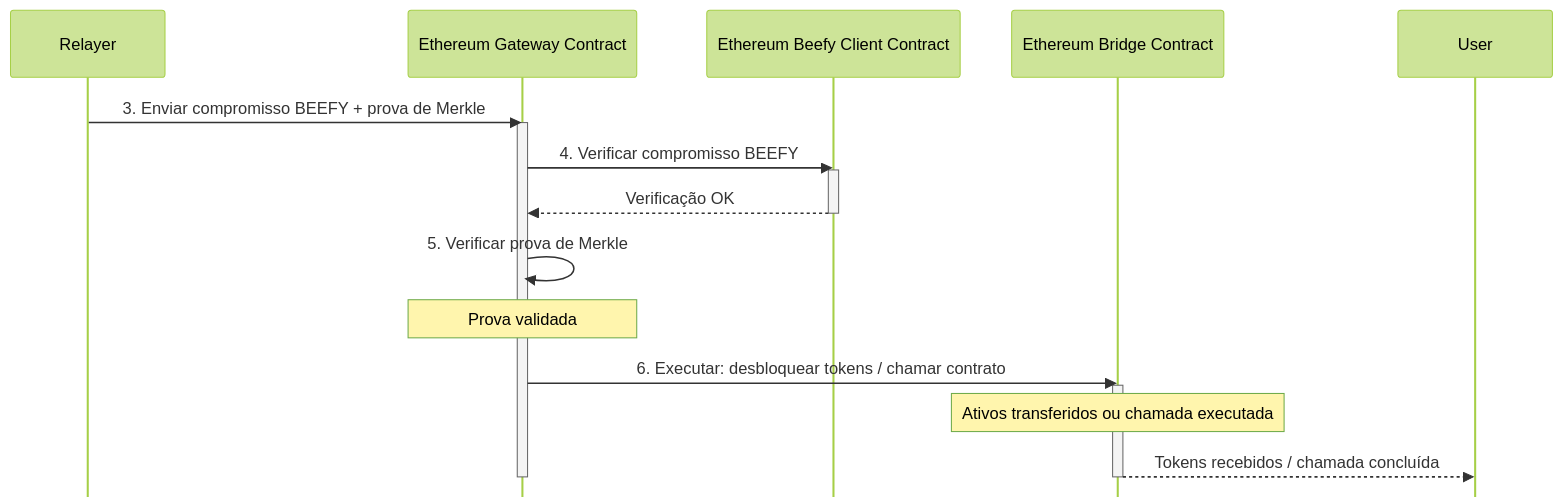
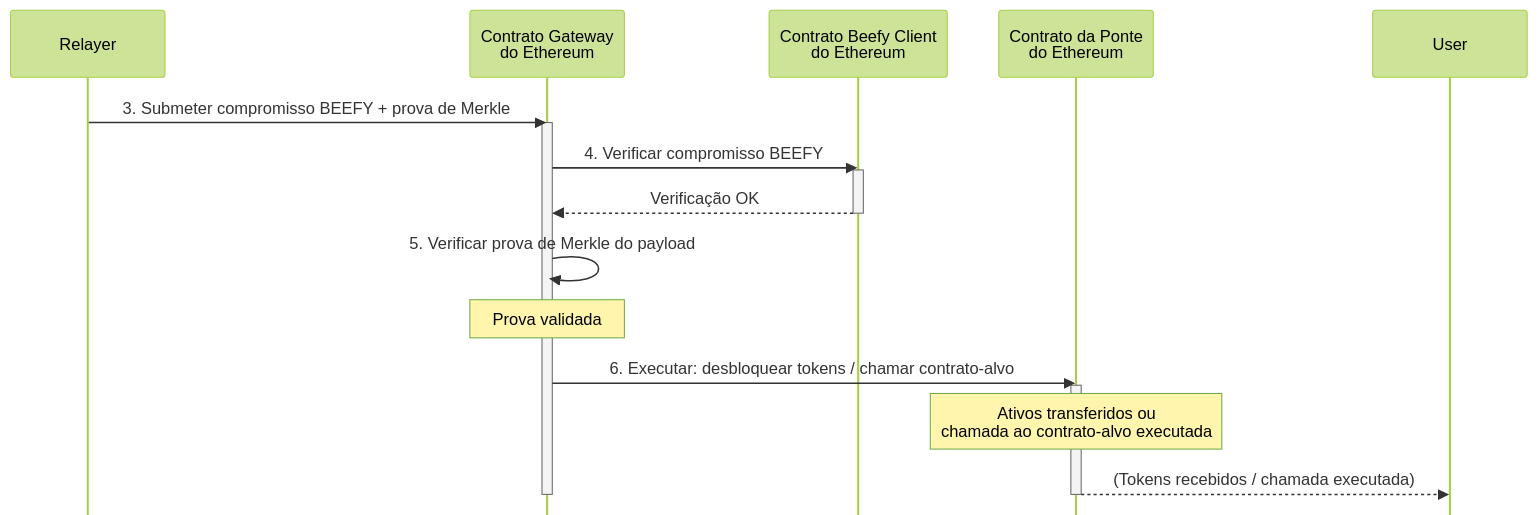
Before and after one commit to moondance-labs/tanssi-docs: the seventh of 7 diagrams in pt/learn/tanssi/tanssi-ethereum-bridge.md, drawn with Mermaid (forest theme). The commit also changed other lines of this file and 91 other files, not shown here.

````diff
--- a/pt/learn/tanssi/tanssi-ethereum-bridge.md
+++ b/pt/learn/tanssi/tanssi-ethereum-bridge.md
@@ -190,26 +220,26 @@
 ```mermaid
 sequenceDiagram
     %%{init: {'sequence': {'mirrorActors': false}}}%%
     participant Relayer
-    participant EGateway as Ethereum Gateway Contract
-    participant EBeefy as Ethereum Beefy Client Contract
-    participant EBridge as Ethereum Bridge Contract
+    participant EGateway as Contrato Gateway <br/> do Ethereum
+    participant EBeefy as Contrato Beefy Client <br/> do Ethereum
+    participant EBridge as Contrato da Ponte <br/> do Ethereum
     participant User
 
-    Relayer->>EGateway: 3. Enviar compromisso BEEFY + prova de Merkle
+    Relayer->>EGateway: 3. Submeter compromisso BEEFY + prova de Merkle
     activate EGateway
     EGateway->>EBeefy: 4. Verificar compromisso BEEFY
     activate EBeefy
     EBeefy-->>EGateway: Verificação OK
     deactivate EBeefy
 
-    EGateway->>EGateway: 5. Verificar prova de Merkle
+    EGateway->>EGateway: 5. Verificar prova de Merkle do payload
     Note over EGateway: Prova validada
 
-    EGateway->>EBridge: 6. Executar: desbloquear tokens / chamar contrato
+    EGateway->>EBridge: 6. Executar: desbloquear tokens / chamar contrato-alvo
     activate EBridge
-    Note over EBridge: Ativos transferidos ou chamada executada
-    EBridge-->>User: Tokens recebidos / chamada concluída
+    Note over EBridge: Ativos transferidos ou<br/>chamada ao contrato-alvo executada
+    EBridge-->>User: (Tokens recebidos / chamada executada)
     deactivate EBridge
     deactivate EGateway
 ```
````
